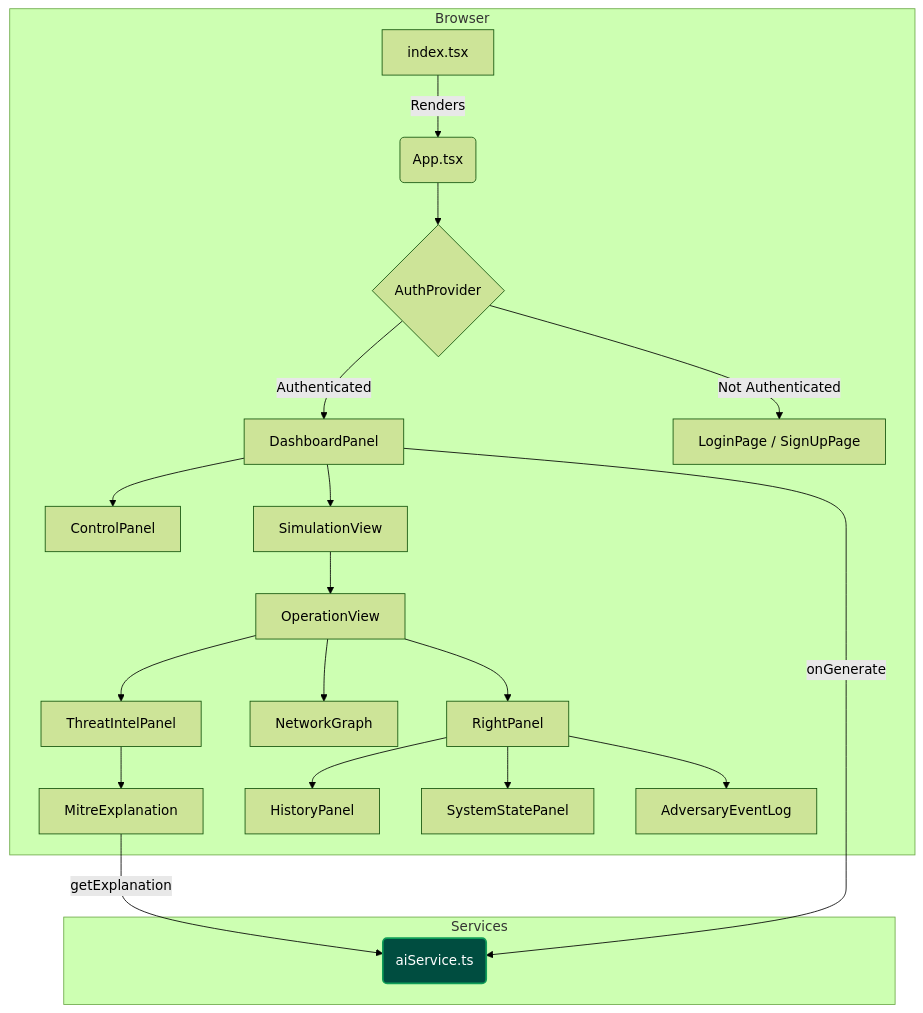
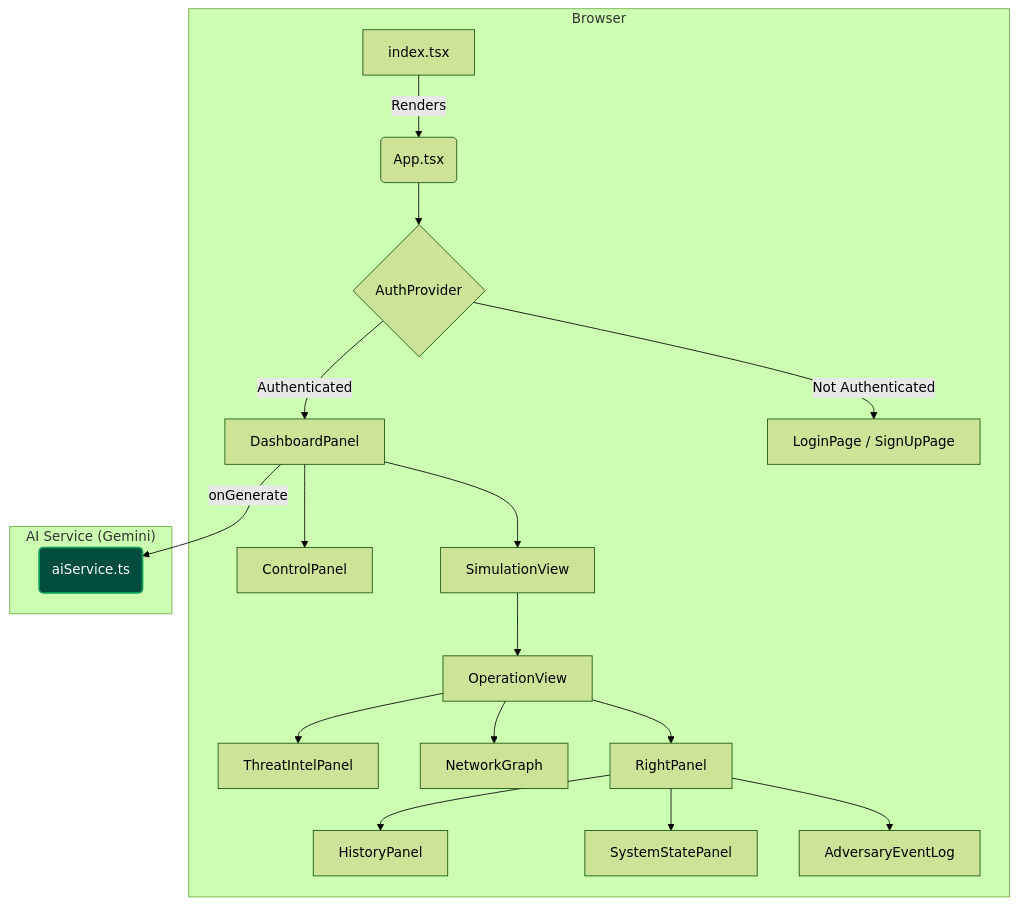
Before and after one commit to ritvikindupuri/AD-AttackSim: the diagram in TECHNICAL_DOCUMENTATION.md, drawn with Mermaid (forest theme). The commit also changed other lines of this file and 5 other files, not shown here.

````diff
--- a/TECHNICAL_DOCUMENTATION.md
+++ b/TECHNICAL_DOCUMENTATION.md
@@ -17,33 +17,31 @@
 ```mermaid
 graph TD
     subgraph Browser
         A[index.tsx] -->|Renders| B(App.tsx);
         B --> C{AuthProvider};
         C -->|Authenticated| D[DashboardPanel];
         C -->|Not Authenticated| E[LoginPage / SignUpPage];
 
         D --> F[ControlPanel];
         D --> G[SimulationView];
         
         G --> H[OperationView];
 
         H --> I[ThreatIntelPanel];
         H --> J[NetworkGraph];
         H --> K[RightPanel];
 
         K --> L[HistoryPanel];
         K --> M[SystemStatePanel];
         K --> N[AdversaryEventLog];
         
-        I --> O[MitreExplanation];
     end
 
-    subgraph Services
+    subgraph "AI Service (Gemini)"
         S(aiService.ts);
     end
 
     D -->|onGenerate| S;
-    O -->|getExplanation| S;
 
     style S fill:#004d40,stroke:#0f9d58,stroke-width:2px,color:#fff
 ```
````
